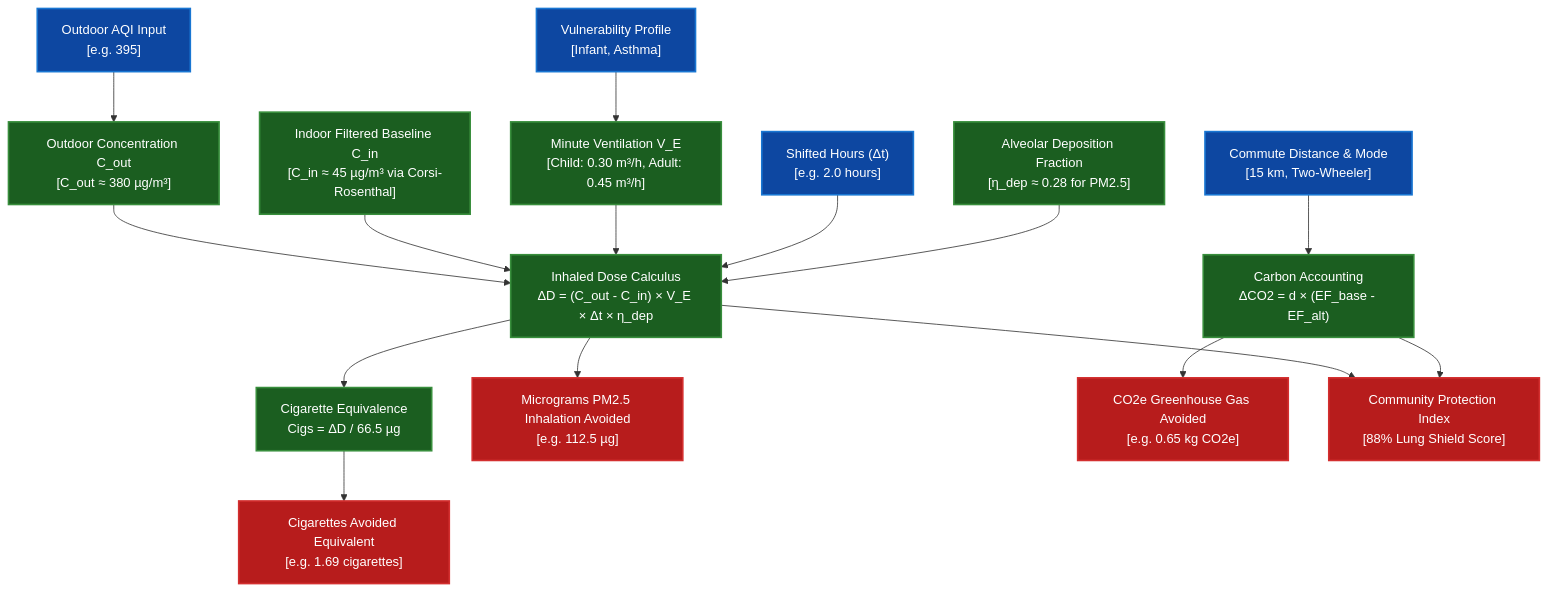
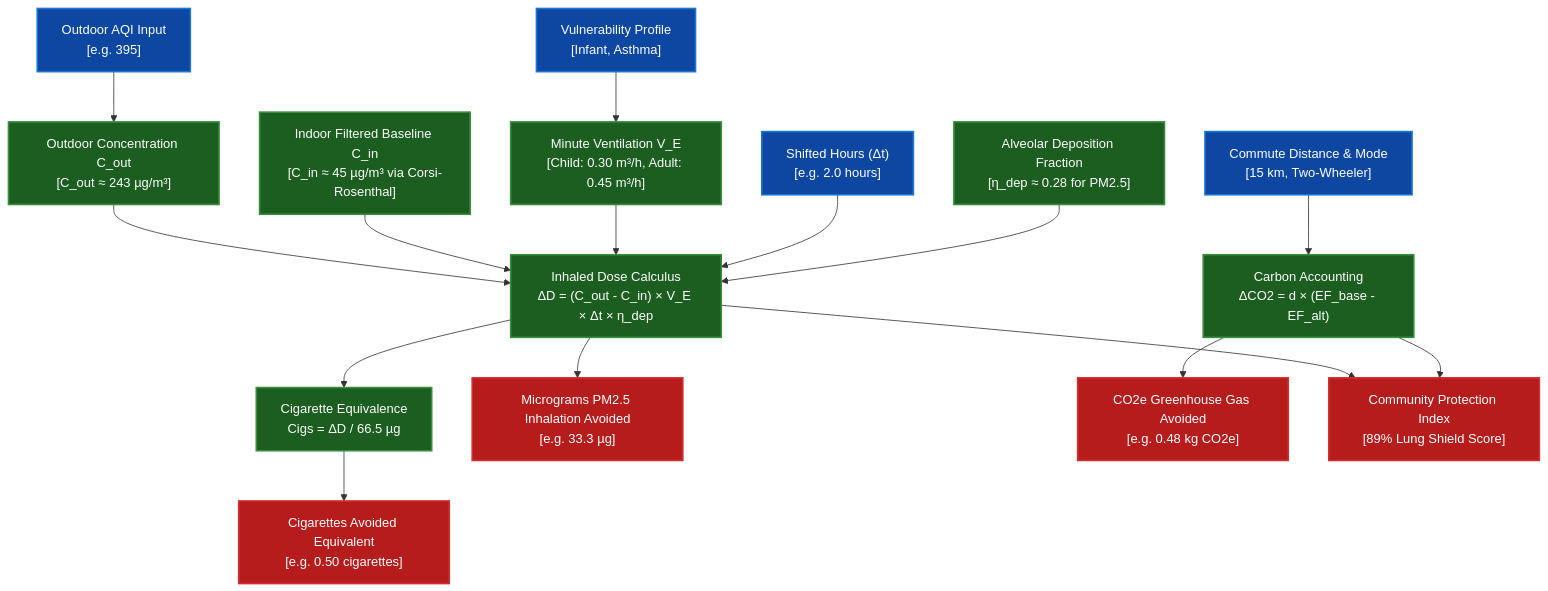
One commit to piyushmakhija28/prompt-war-challenge-6-clean-air-assistant changed the diagram in uml/06-impact-calculation-flow.mmd. Above: the diagram before and after it, drawn with Mermaid. The commit also changed 40 other files, not shown here.

```diff
--- a/uml/06-impact-calculation-flow.mmd
+++ b/uml/06-impact-calculation-flow.mmd
@@ -1,34 +1,34 @@
 %% Data Flow Diagram: Direct Impact Mathematical Calculus
 flowchart TD
     classDef input fill:#0D47A1,stroke:#1976D2,stroke-width:2px,color:#FFF;
     classDef process fill:#1B5E20,stroke:#388E3C,stroke-width:2px,color:#FFF;
     classDef output fill:#B71C1C,stroke:#D32F2F,stroke-width:2px,color:#FFF;
 
     AQI["Outdoor AQI Input<br/>[e.g. 395]"]:::input
     HOURS["Shifted Hours (Δt)<br/>[e.g. 2.0 hours]"]:::input
     VULN["Vulnerability Profile<br/>[Infant, Asthma]"]:::input
     COMMUTE["Commute Distance & Mode<br/>[15 km, Two-Wheeler]"]:::input
 
-    CONC["Outdoor Concentration C_out<br/>[C_out ≈ 380 µg/m³]"]:::process
+    CONC["Outdoor Concentration C_out<br/>[C_out ≈ 243 µg/m³]"]:::process
     VENT["Minute Ventilation V_E<br/>[Child: 0.30 m³/h, Adult: 0.45 m³/h]"]:::process
     DEPO["Alveolar Deposition Fraction<br/>[η_dep ≈ 0.28 for PM2.5]"]:::process
     INDOOR["Indoor Filtered Baseline C_in<br/>[C_in ≈ 45 µg/m³ via Corsi-Rosenthal]"]:::process
 
     DOSE_MATH["Inhaled Dose Calculus<br/>ΔD = (C_out - C_in) × V_E × Δt × η_dep"]:::process
     CIG_MATH["Cigarette Equivalence<br/>Cigs = ΔD / 66.5 µg"]:::process
     CO2_MATH["Carbon Accounting<br/>ΔCO2 = d × (EF_base - EF_alt)"]:::process
 
-    UG_OUT["Micrograms PM2.5 Inhalation Avoided<br/>[e.g. 112.5 µg]"]:::output
-    CIG_OUT["Cigarettes Avoided Equivalent<br/>[e.g. 1.69 cigarettes]"]:::output
-    CO2_OUT["CO2e Greenhouse Gas Avoided<br/>[e.g. 0.65 kg CO2e]"]:::output
-    SCORE_OUT["Community Protection Index<br/>[88% Lung Shield Score]"]:::output
+    UG_OUT["Micrograms PM2.5 Inhalation Avoided<br/>[e.g. 33.3 µg]"]:::output
+    CIG_OUT["Cigarettes Avoided Equivalent<br/>[e.g. 0.50 cigarettes]"]:::output
+    CO2_OUT["CO2e Greenhouse Gas Avoided<br/>[e.g. 0.48 kg CO2e]"]:::output
+    SCORE_OUT["Community Protection Index<br/>[89% Lung Shield Score]"]:::output
 
     AQI --> CONC
     VULN --> VENT
     CONC & INDOOR & VENT & HOURS & DEPO --> DOSE_MATH
     DOSE_MATH --> CIG_MATH
     DOSE_MATH --> UG_OUT
     CIG_MATH --> CIG_OUT
     COMMUTE --> CO2_MATH
     CO2_MATH --> CO2_OUT
     DOSE_MATH & CO2_MATH --> SCORE_OUT
```
